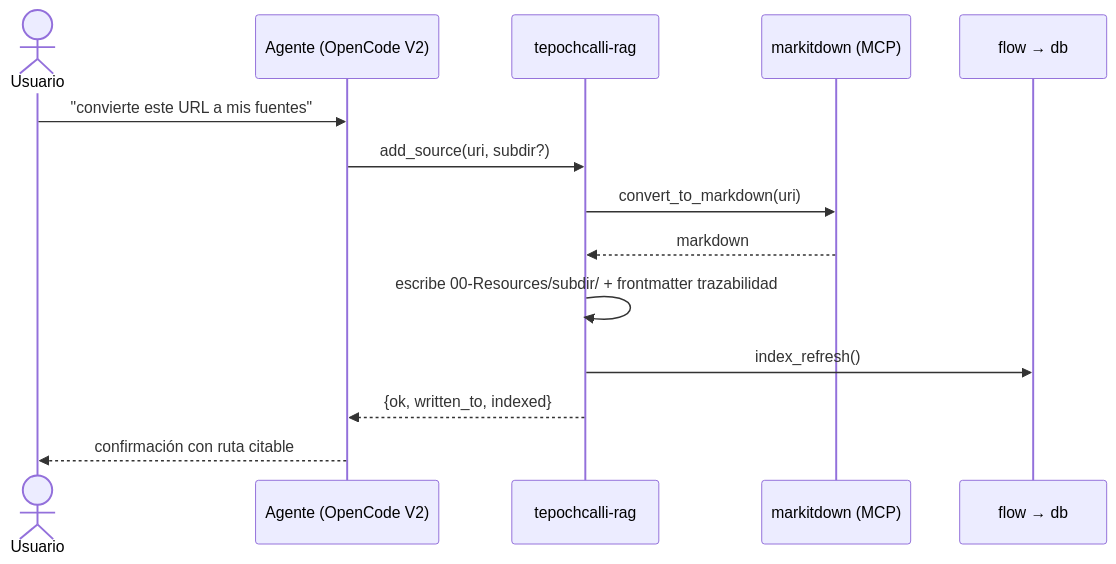
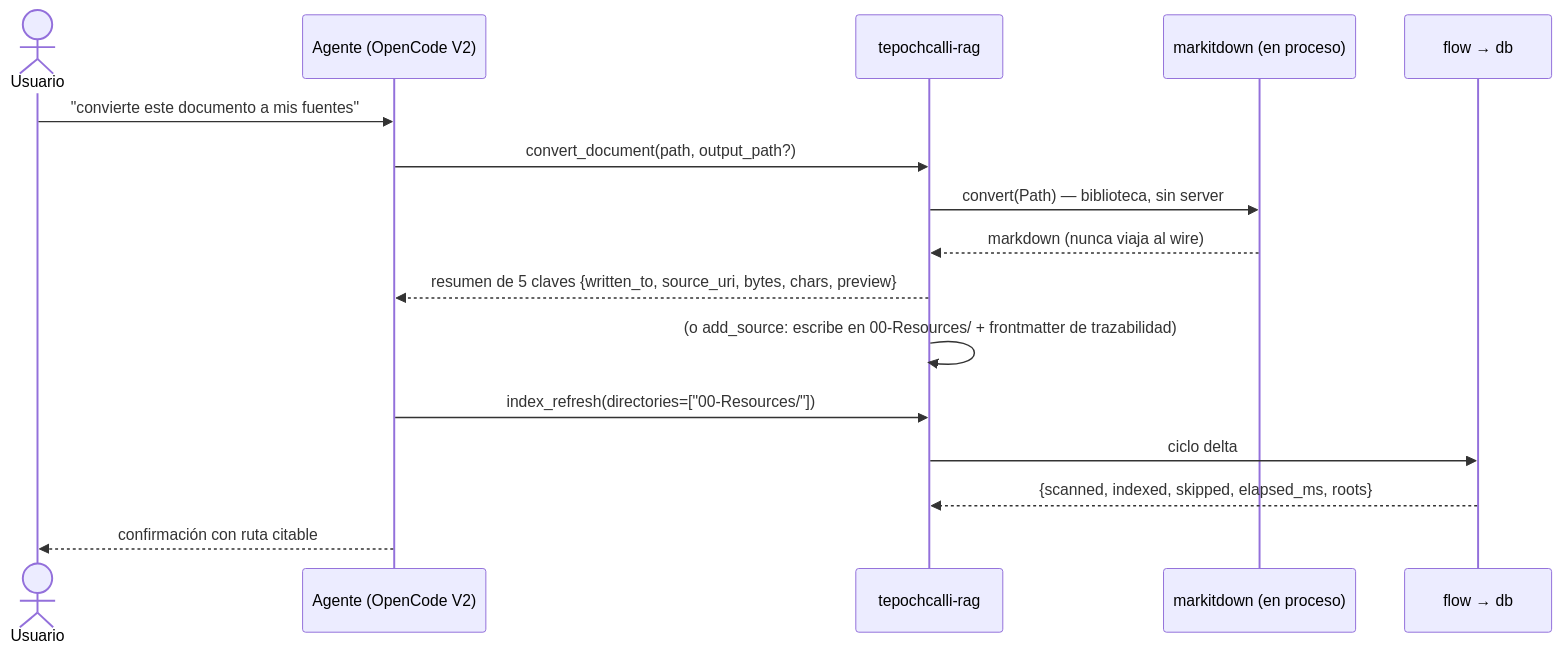
The third of 5 diagrams in docs/ARCHITECTURE.md (Fisherk2/tepochcalli-opencode), drawn with Mermaid before and after one commit. The commit also changed other lines of this file and 12 other files, not shown here.

````diff
--- a/docs/ARCHITECTURE.md
+++ b/docs/ARCHITECTURE.md
@@ -91,16 +85,18 @@
 ```mermaid
 sequenceDiagram
     actor U as Usuario
     participant A as Agente (OpenCode V2)
     participant S as tepochcalli-rag
-    participant M as markitdown (MCP)
+    participant M as markitdown (en proceso)
     participant F as flow → db
-    U->>A: "convierte este URL a mis fuentes"
-    A->>S: add_source(uri, subdir?)
-    S->>M: convert_to_markdown(uri)
-    M-->>S: markdown
-    S->>S: escribe 00-Resources/subdir/ + frontmatter trazabilidad
-    S->>F: index_refresh()
-    S-->>A: {ok, written_to, indexed}
+    U->>A: "convierte este documento a mis fuentes"
+    A->>S: convert_document(path, output_path?)
+    S->>M: convert(Path) — biblioteca, sin server
+    M-->>S: markdown (nunca viaja al wire)
+    S-->>A: resumen de 5 claves {written_to, source_uri, bytes, chars, preview}
+    S->>S: (o add_source: escribe en 00-Resources/ + frontmatter de trazabilidad)
+    A->>S: index_refresh(directories=["00-Resources/"])
+    S->>F: ciclo delta
+    F-->>S: {scanned, indexed, skipped, elapsed_ms, roots}
     A-->>U: confirmación con ruta citable
 ```
````
